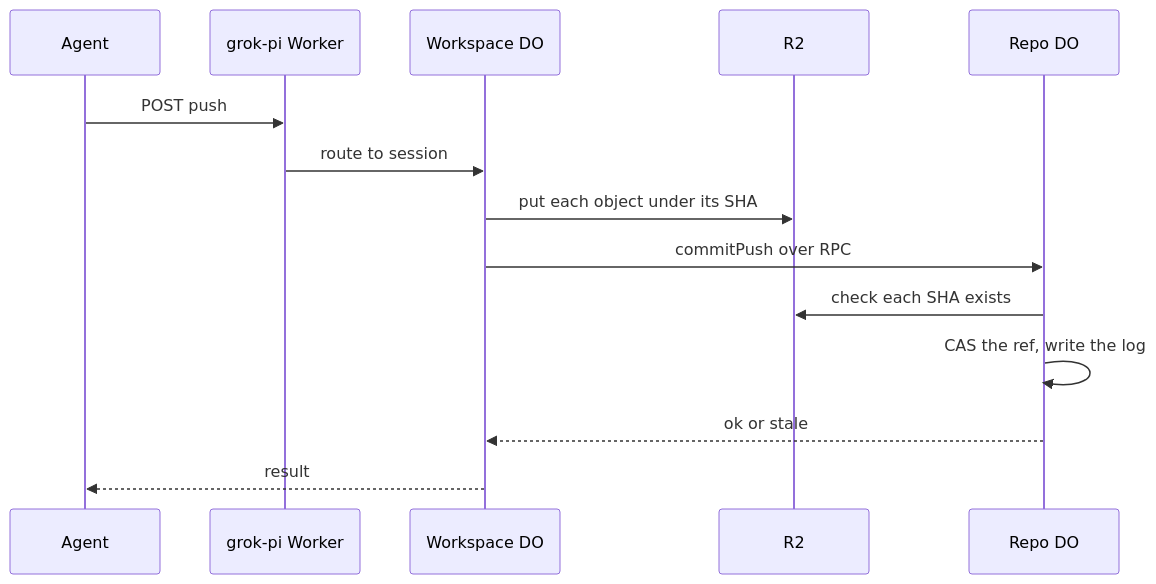
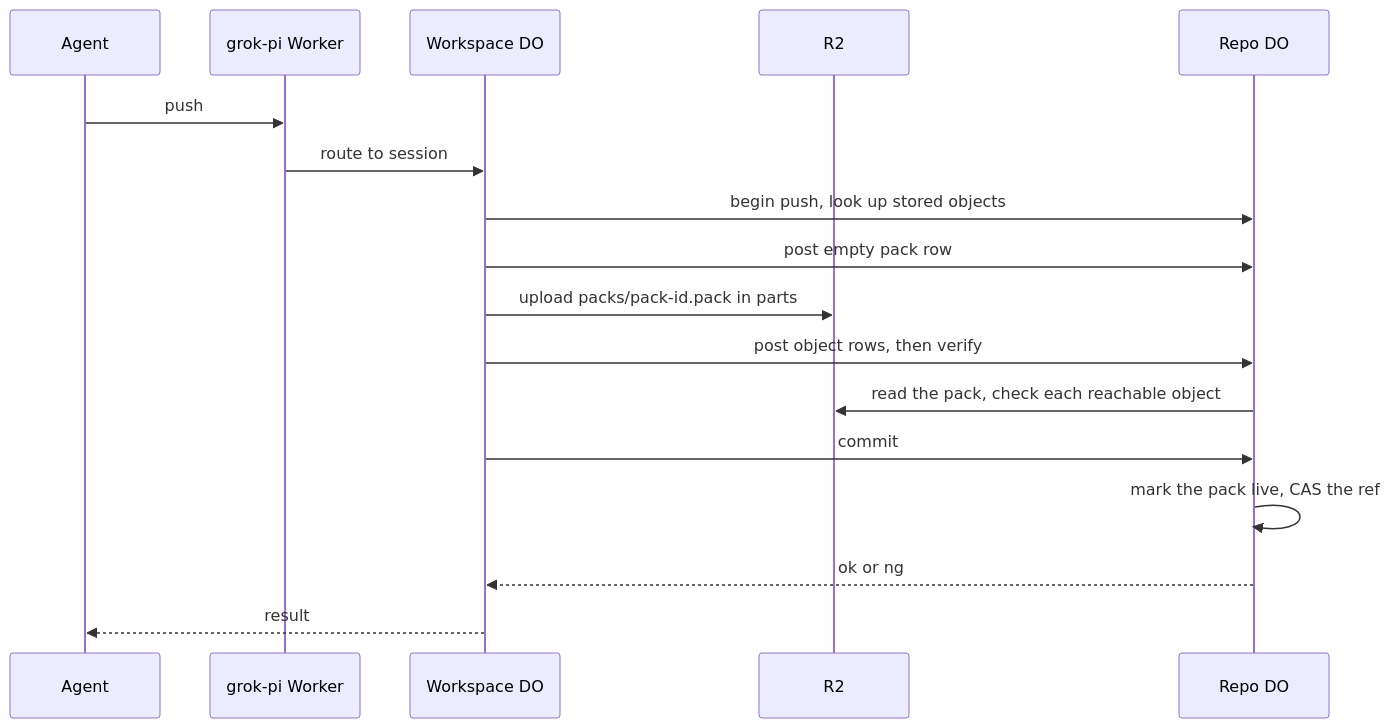
The diagram in plain/tui-rpc-push.md (idl3/git-edge), drawn with Mermaid before and after one commit. The commit also changed other lines of this file and 65 other files, not shown here.

````diff
--- a/plain/tui-rpc-push.md
+++ b/plain/tui-rpc-push.md
@@ -30,16 +33,19 @@
 ```mermaid
 sequenceDiagram
     participant A as Agent
     participant W as grok-pi Worker
     participant S as Workspace DO
     participant R as R2
     participant P as Repo DO
-    A->>W: POST push
+    A->>W: push
     W->>S: route to session
-    S->>R: put each object under its SHA
-    S->>P: commitPush over RPC
-    P->>R: check each SHA exists
-    P->>P: CAS the ref, write the log
-    P-->>S: ok or stale
+    S->>P: begin push, look up stored objects
+    S->>P: post empty pack row
+    S->>R: upload packs/pack-id.pack in parts
+    S->>P: post object rows, then verify
+    P->>R: read the pack, check each reachable object
+    S->>P: commit
+    P->>P: mark the pack live, CAS the ref
+    P-->>S: ok or ng
     S-->>A: result
 ```
````
